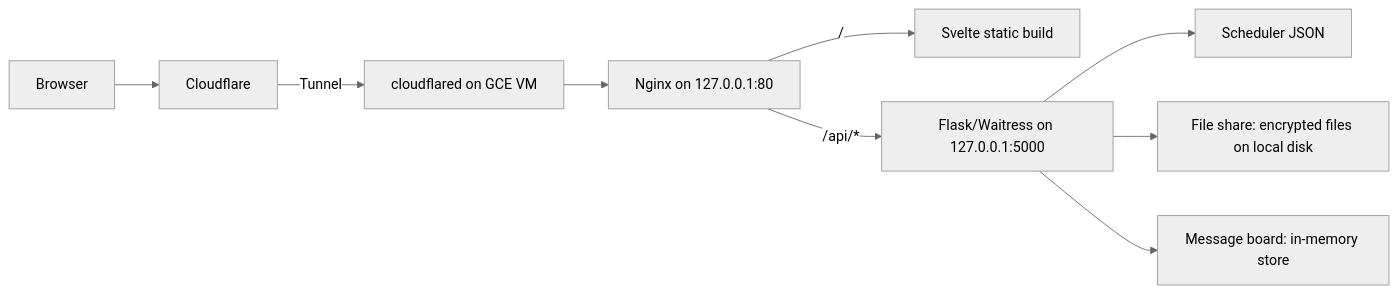
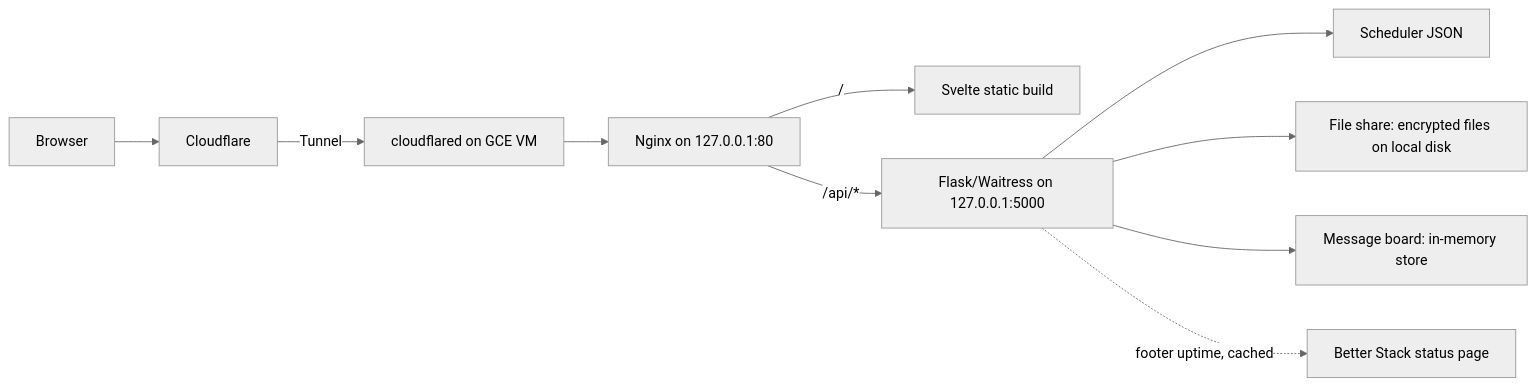
One commit to DefiantBurger/Website changed the diagram in documentation/ARCHITECTURE.md. Above: the diagram before and after it, drawn with Mermaid (neutral theme). The commit also changed other lines of this file and 15 other files, not shown here.

Commit message:
Added a site footer with build info and 30-day uptime linking to the status page

````diff
--- a/documentation/ARCHITECTURE.md
+++ b/documentation/ARCHITECTURE.md
@@ -11,11 +11,12 @@
 ```mermaid
 flowchart LR
     User[Browser] --> CF[Cloudflare]
     CF -->|Tunnel| CFD[cloudflared on GCE VM]
     CFD --> Nginx[Nginx on 127.0.0.1:80]
     Nginx -->|/| FE[Svelte static build]
     Nginx -->|/api/*| Flask[Flask/Waitress on 127.0.0.1:5000]
     Flask --> Files[Scheduler JSON]
     Flask --> Disk[File share: encrypted files on local disk]
     Flask --> Mem[Message board: in-memory store]
+    Flask -.->|footer uptime, cached| BS[Better Stack status page]
 ```
````
